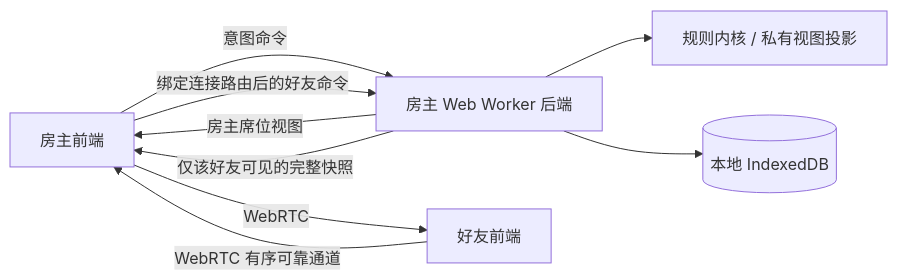
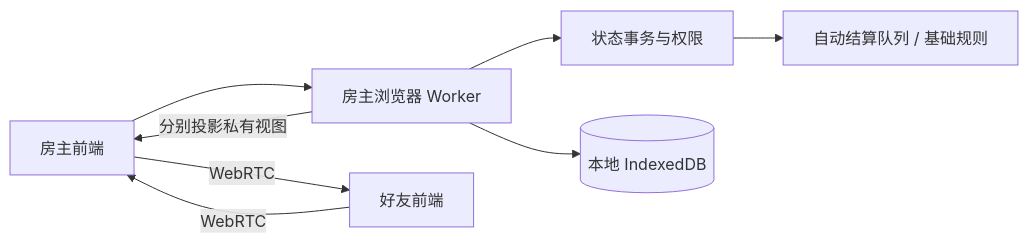
One commit to SyntheticSamo/sanguosha-tongxi changed the diagram in docs/ARCHITECTURE.md. Above: the diagram before and after it, drawn with Mermaid. The commit also changed other lines of this file and 23 other files, not shown here.

````diff
--- a/docs/ARCHITECTURE.md
+++ b/docs/ARCHITECTURE.md
@@ -3,11 +5,10 @@
 ```mermaid
 flowchart LR
-  H[房主前端] -->|意图命令| W[房主 Web Worker 后端]
-  W --> R[规则内核 / 私有视图投影]
-  W --> I[(本地 IndexedDB)]
-  W -->|房主席位视图| H
-  G[好友前端] -->|WebRTC 有序可靠通道| H
-  H -->|绑定连接路由后的好友命令| W
-  W -->|仅该好友可见的完整快照| H
-  H -->|WebRTC| G
+ H[房主前端] --> W[房主浏览器 Worker]
+ G[好友前端] -->|WebRTC| H
+ W --> E[状态事务与权限]
+ E --> R[自动结算队列 / 基础规则]
+ W --> I[(本地 IndexedDB)]
+ W -->|分别投影私有视图| H
+ H -->|WebRTC| G
 ```
````
